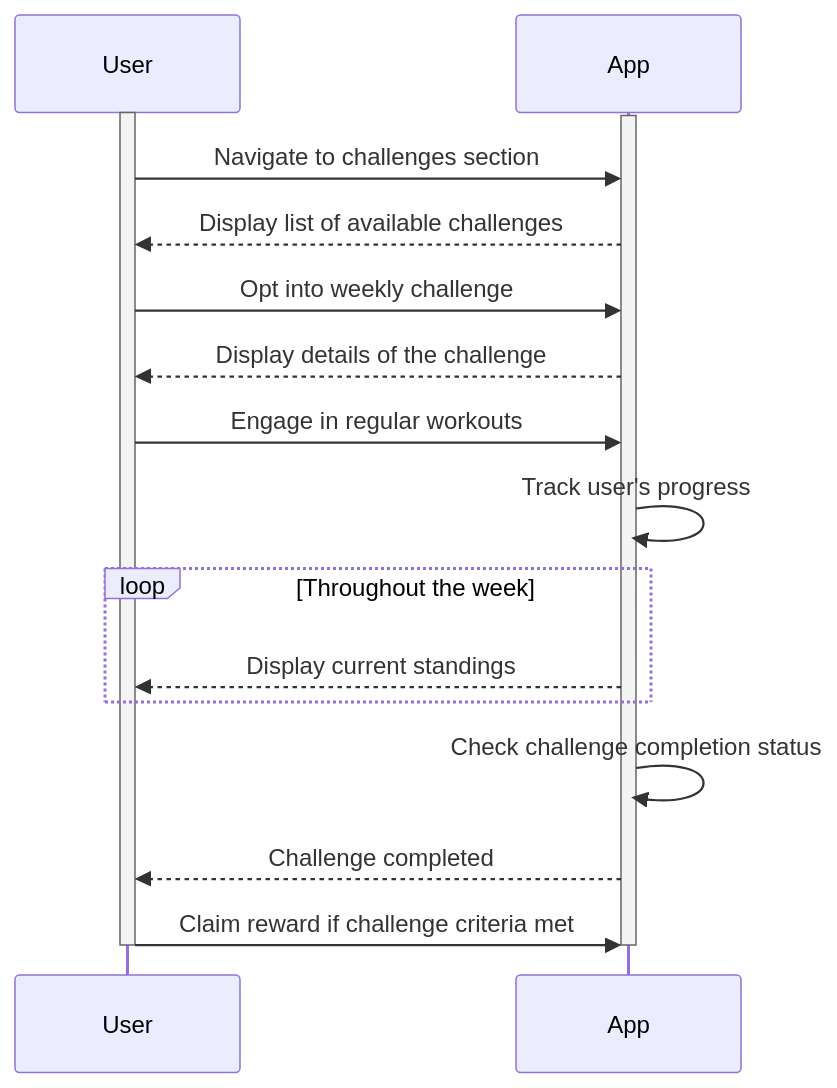
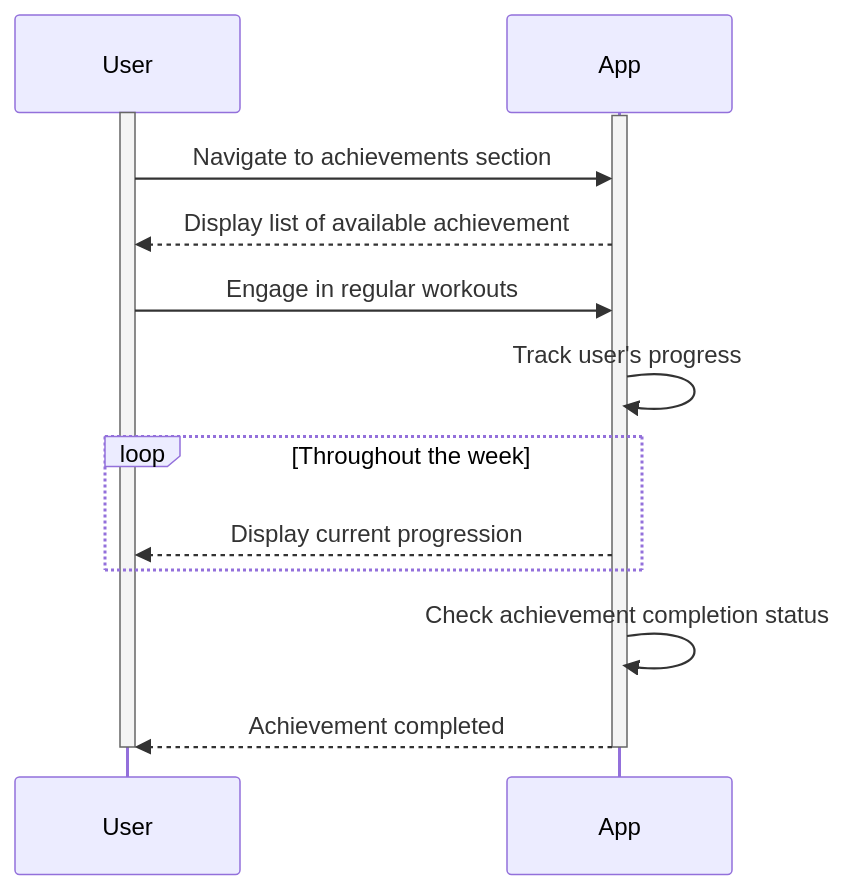
Before and after one commit to Capstone-Projects-2024-Spring/project-smartweights: the tenth of 11 diagrams in documentation/docs/system-architecture/sequence-diagrams.md, drawn with Mermaid. The commit also changed other lines of this file and 7 other files, not shown here.

````diff
--- a/documentation/docs/system-architecture/sequence-diagrams.md
+++ b/documentation/docs/system-architecture/sequence-diagrams.md
@@ -349,25 +319,22 @@
 ```mermaid 
 sequenceDiagram
     participant User
     participant App
     activate User
     activate App
-    User->>App: Navigate to challenges section
-    App-->>User: Display list of available challenges
-    User->>App: Opt into weekly challenge
-    App-->>User: Display details of the challenge
+    User->>App: Navigate to achievements section
+    App-->>User: Display list of available achievement
     User->>App: Engage in regular workouts
     App->>App: Track user's progress
     loop Throughout the week
        
-        App-->>User: Display current standings
+        App-->>User: Display current progression
     end
-    App->>App: Check challenge completion status
-    App-->>User: Challenge completed
-    User->>App: Claim reward if challenge criteria met
+    App->>App: Check achievement completion status
+    App-->>User: Achievement completed
 
     deactivate User
     deactivate App
 
 
 ```
````
